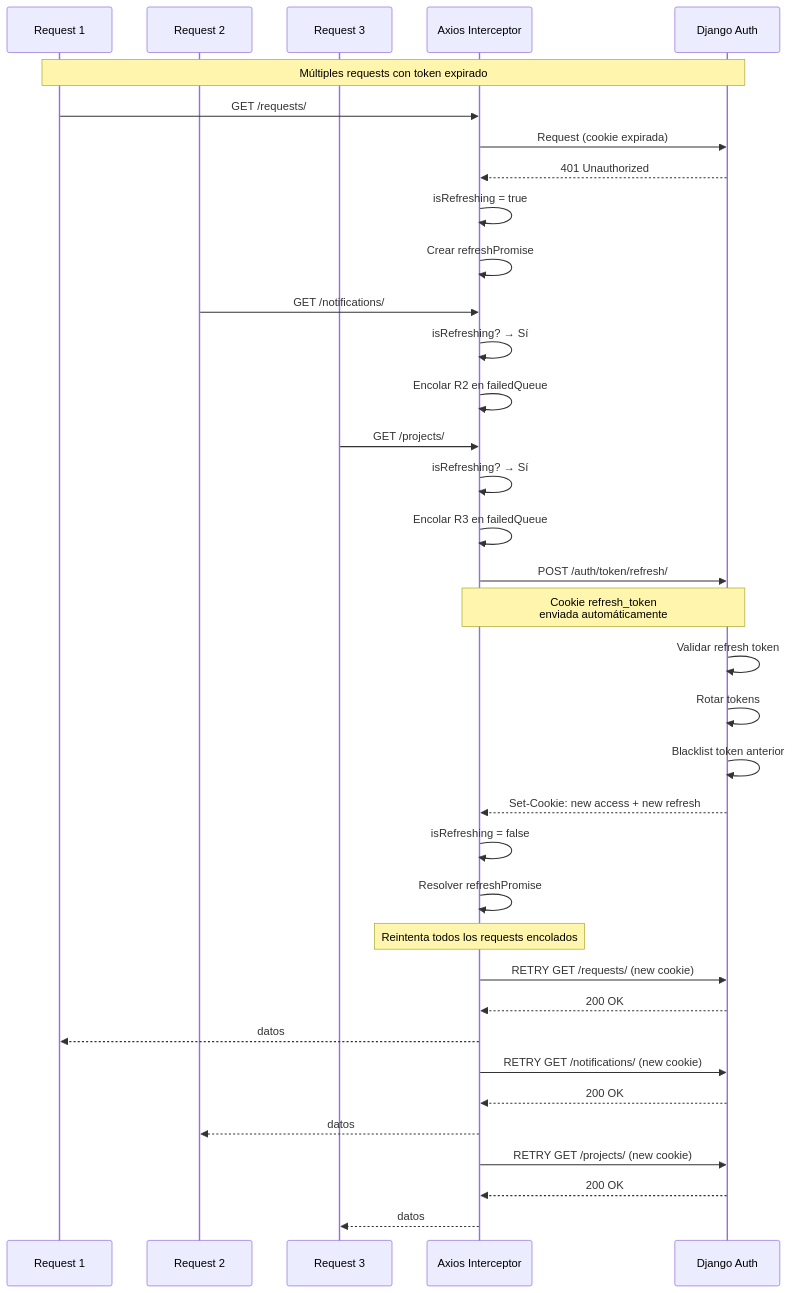
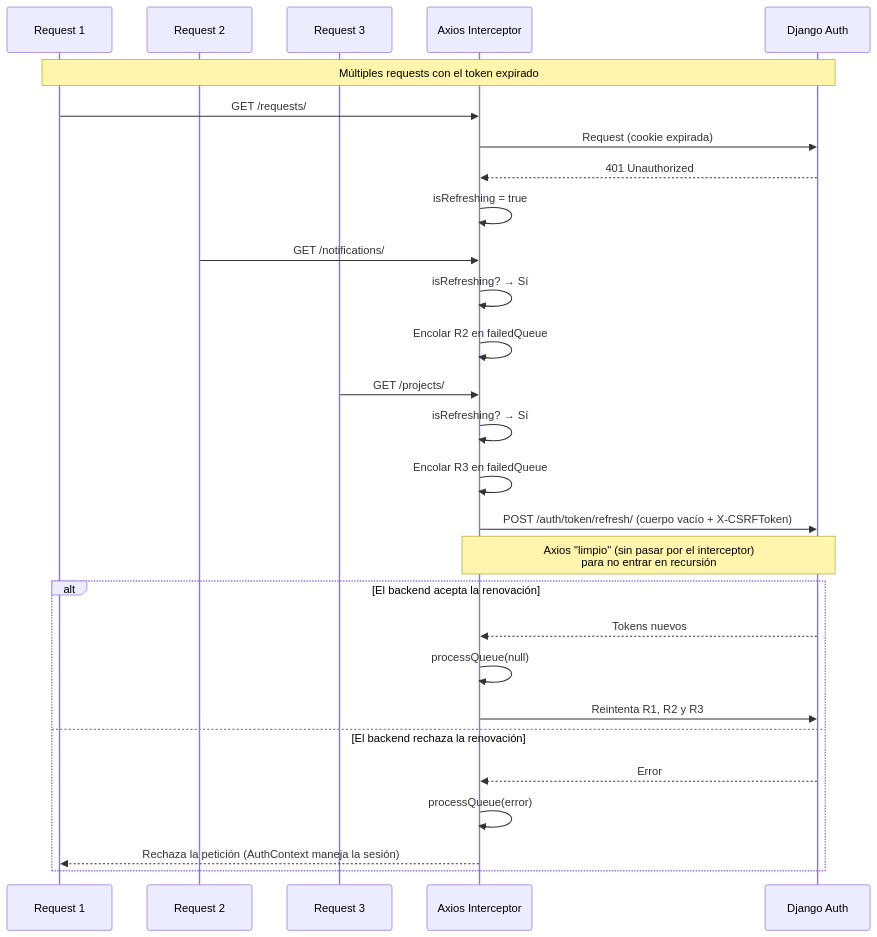
One commit to pccpegit/SYSPCCLOG changed the seventh of 19 diagrams in docs/03_Arquitectura_Bajo_Nivel.md. Above: the diagram before and after it, drawn with Mermaid. The commit also changed other lines of this file and 42 other files, not shown here.

````diff
--- a/docs/03_Arquitectura_Bajo_Nivel.md
+++ b/docs/03_Arquitectura_Bajo_Nivel.md
@@ -412,47 +550,36 @@
 ```mermaid
 sequenceDiagram
     participant R1 as Request 1
     participant R2 as Request 2
     participant R3 as Request 3
     participant AX as Axios Interceptor
     participant API as Django Auth
 
-    Note over R1,API: Múltiples requests con token expirado
+    Note over R1,API: Múltiples requests con el token expirado
 
     R1->>AX: GET /requests/
     AX->>API: Request (cookie expirada)
     API-->>AX: 401 Unauthorized
     AX->>AX: isRefreshing = true
-    AX->>AX: Crear refreshPromise
 
     R2->>AX: GET /notifications/
     AX->>AX: isRefreshing? → Sí
     AX->>AX: Encolar R2 en failedQueue
 
     R3->>AX: GET /projects/
     AX->>AX: isRefreshing? → Sí
     AX->>AX: Encolar R3 en failedQueue
 
-    AX->>API: POST /auth/token/refresh/
-    Note over AX,API: Cookie refresh_token<br/>enviada automáticamente
-    API->>API: Validar refresh token
-    API->>API: Rotar tokens
-    API->>API: Blacklist token anterior
-    API-->>AX: Set-Cookie: new access + new refresh
+    AX->>API: POST /auth/token/refresh/ (cuerpo vacío + X-CSRFToken)
+    Note over AX,API: Axios "limpio" (sin pasar por el interceptor)<br/>para no entrar en recursión
 
-    AX->>AX: isRefreshing = false
-    AX->>AX: Resolver refreshPromise
-
-    Note over AX: Reintenta todos los requests encolados
-    AX->>API: RETRY GET /requests/ (new cookie)
-    API-->>AX: 200 OK
-    AX-->>R1: datos
-
-    AX->>API: RETRY GET /notifications/ (new cookie)
-    API-->>AX: 200 OK
-    AX-->>R2: datos
-
-    AX->>API: RETRY GET /projects/ (new cookie)
-    API-->>AX: 200 OK
-    AX-->>R3: datos
+    alt El backend acepta la renovación
+        API-->>AX: Tokens nuevos
+        AX->>AX: processQueue(null)
+        AX->>API: Reintenta R1, R2 y R3
+    else El backend rechaza la renovación
+        API-->>AX: Error
+        AX->>AX: processQueue(error)
+        AX-->>R1: Rechaza la petición (AuthContext maneja la sesión)
+    end
 ```
````
